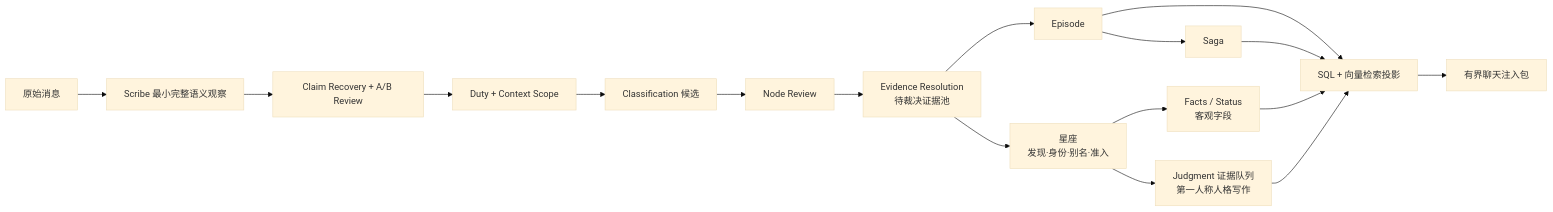
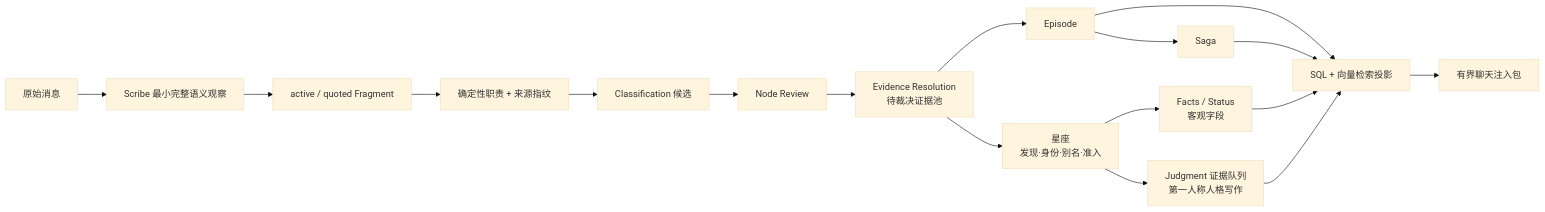
Before and after one commit to ClaraShafiq/MemoryConstellations: the diagram in README.md, drawn with Mermaid (base theme). The commit also changed other lines of this file and 38 other files, not shown here.

````diff
--- a/README.md
+++ b/README.md
@@ -9,19 +9,19 @@
 ```mermaid
 flowchart LR
   M[原始消息] --> S[Scribe 最小完整语义观察]
-  S --> C[Claim Recovery + A/B Review]
-  C --> D[Duty + Context Scope]
+  S --> C[active / quoted Fragment]
+  C --> D[确定性职责 + 来源指纹]
   D --> L[Classification 候选]
   L --> N[Node Review]
   N --> E[Evidence Resolution<br/>待裁决证据池]
   E --> K[星座<br/>发现·身份·别名·准入]
   E --> P[Episode]
   P --> G[Saga]
   K --> F[Facts / Status<br/>客观字段]
   K --> J[Judgment 证据队列<br/>第一人称人格写作]
   P --> R[SQL + 向量检索投影]
   G --> R
   F --> R
   J --> R
   R --> Q[有界聊天注入包]
 ```
````
